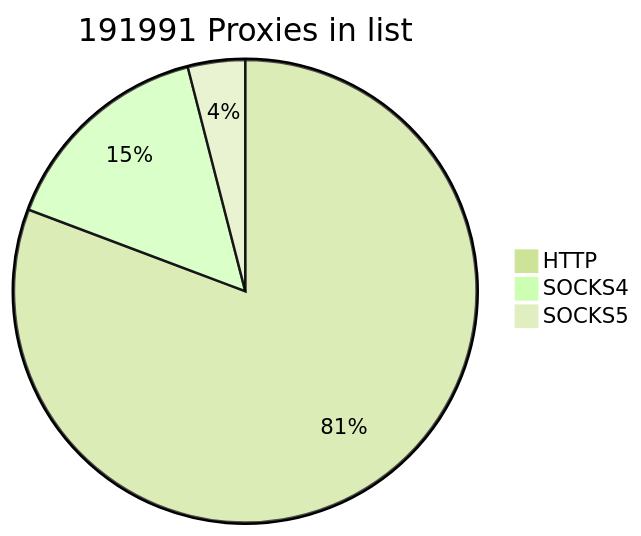
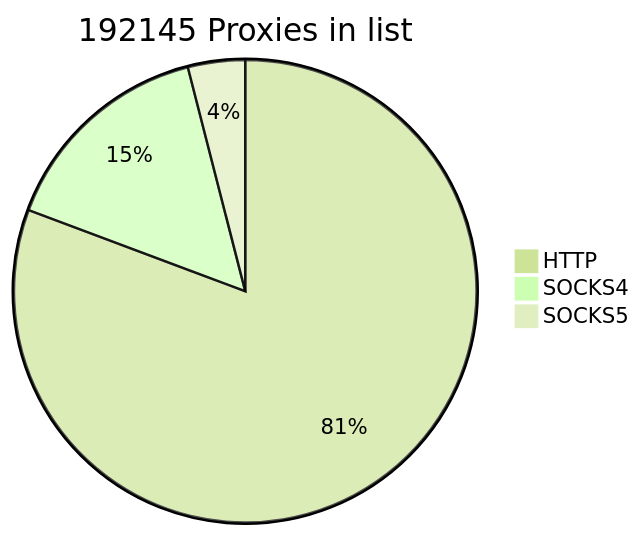
The first of 2 diagrams in README.md (cutipu/proxylist), drawn with Mermaid (forest theme) before and after one commit. The commit also changed other lines of this file, not shown here.

````diff
--- a/README.md
+++ b/README.md
@@ -9,7 +9,7 @@
 ```mermaid
-pie title 191991 Proxies in list
-    "HTTP" : 154994
-    "SOCKS4" : 29321
-    "SOCKS5" : 7676
+pie title 192145 Proxies in list
+    "HTTP" : 155074
+    "SOCKS4" : 29397
+    "SOCKS5" : 7674
             
 ```
````
